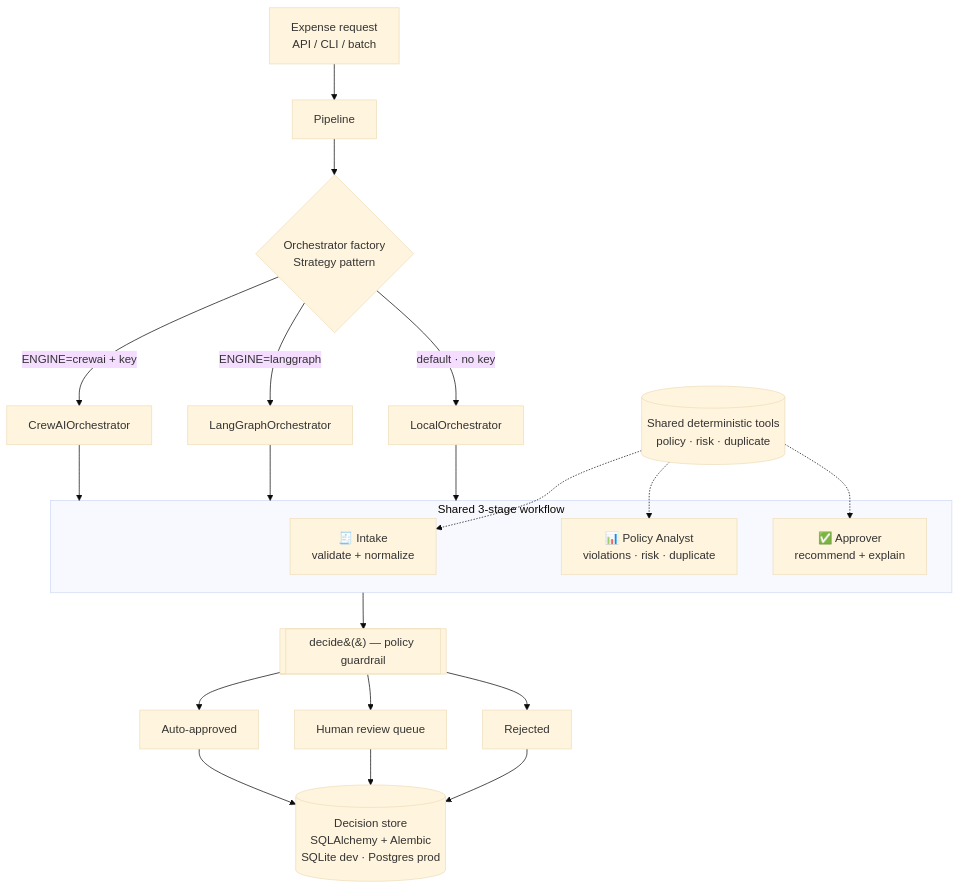
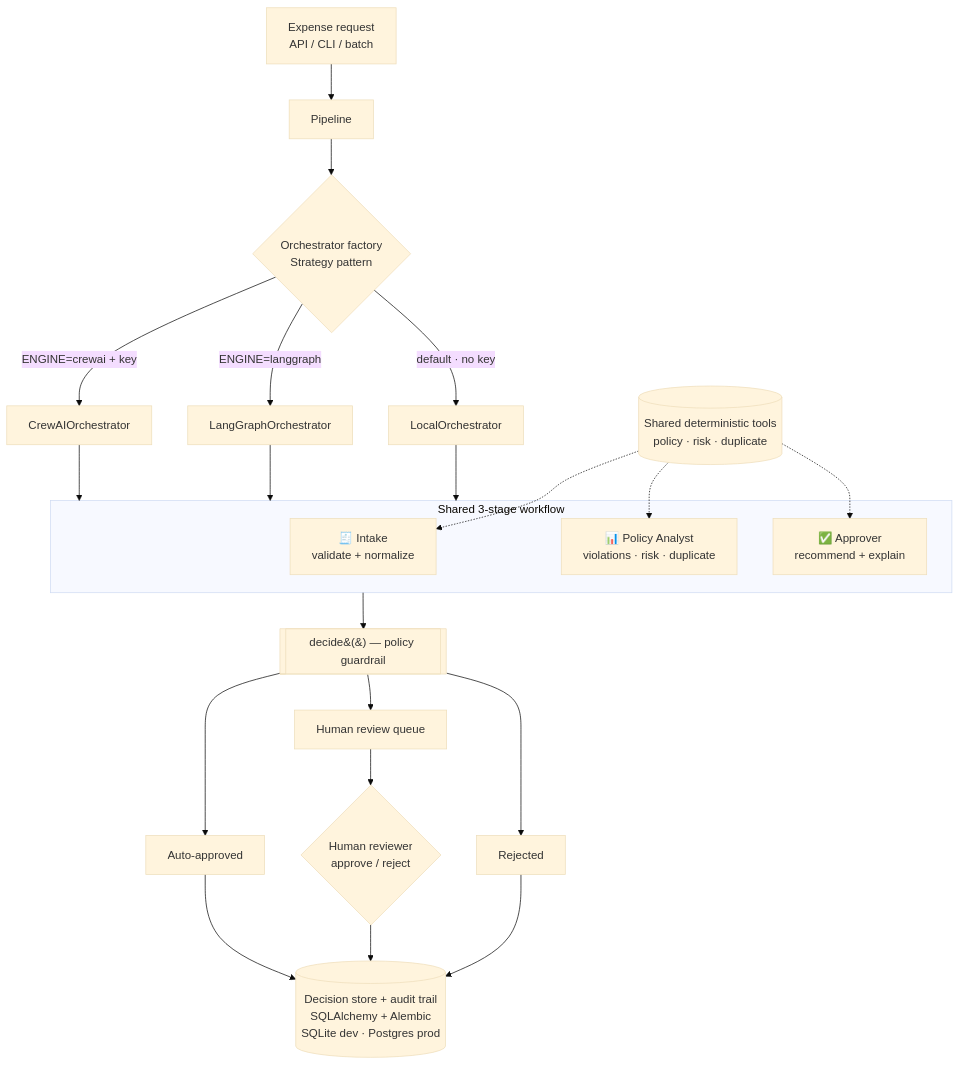
One commit to furqunali/agentic-finance-crew changed the diagram in README.md. Above: the diagram before and after it, drawn with Mermaid (base theme). The commit also changed other lines of this file and 10 other files, not shown here.

First line of the commit message:
feat: immutable audit trail + human-in-the-loop review workflow (#2)

````diff
--- a/README.md
+++ b/README.md
@@ -39,26 +39,27 @@
 ```mermaid
 flowchart TD
     A[Expense request<br/>API / CLI / batch] --> P[Pipeline]
     P --> F{Orchestrator factory<br/>Strategy pattern}
     F -->|ENGINE=crewai + key| C[CrewAIOrchestrator]
     F -->|ENGINE=langgraph| LG[LangGraphOrchestrator]
     F -->|default · no key| L[LocalOrchestrator]
 
     subgraph Crew["Shared 3-stage workflow"]
       S1[🧾 Intake<br/>validate + normalize]
       S2[📊 Policy Analyst<br/>violations · risk · duplicate]
       S3[✅ Approver<br/>recommend + explain]
     end
 
     C --> Crew
     LG --> Crew
     L --> Crew
     Crew --> G[[decide&#40;&#41; — policy guardrail]]
     G --> R1[Auto-approved]
     G --> R2[Human review queue]
     G --> R3[Rejected]
 
-    R1 & R2 & R3 --> DB[(Decision store<br/>SQLAlchemy + Alembic<br/>SQLite dev · Postgres prod)]
+    R2 --> H{Human reviewer<br/>approve / reject}
+    R1 & R3 & H --> DB[(Decision store + audit trail<br/>SQLAlchemy + Alembic<br/>SQLite dev · Postgres prod)]
 
     T[(Shared deterministic tools<br/>policy · risk · duplicate)] -.-> S1 & S2 & S3
 ```
````
